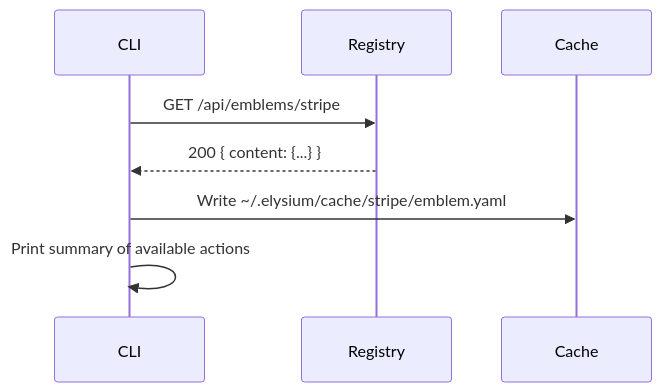
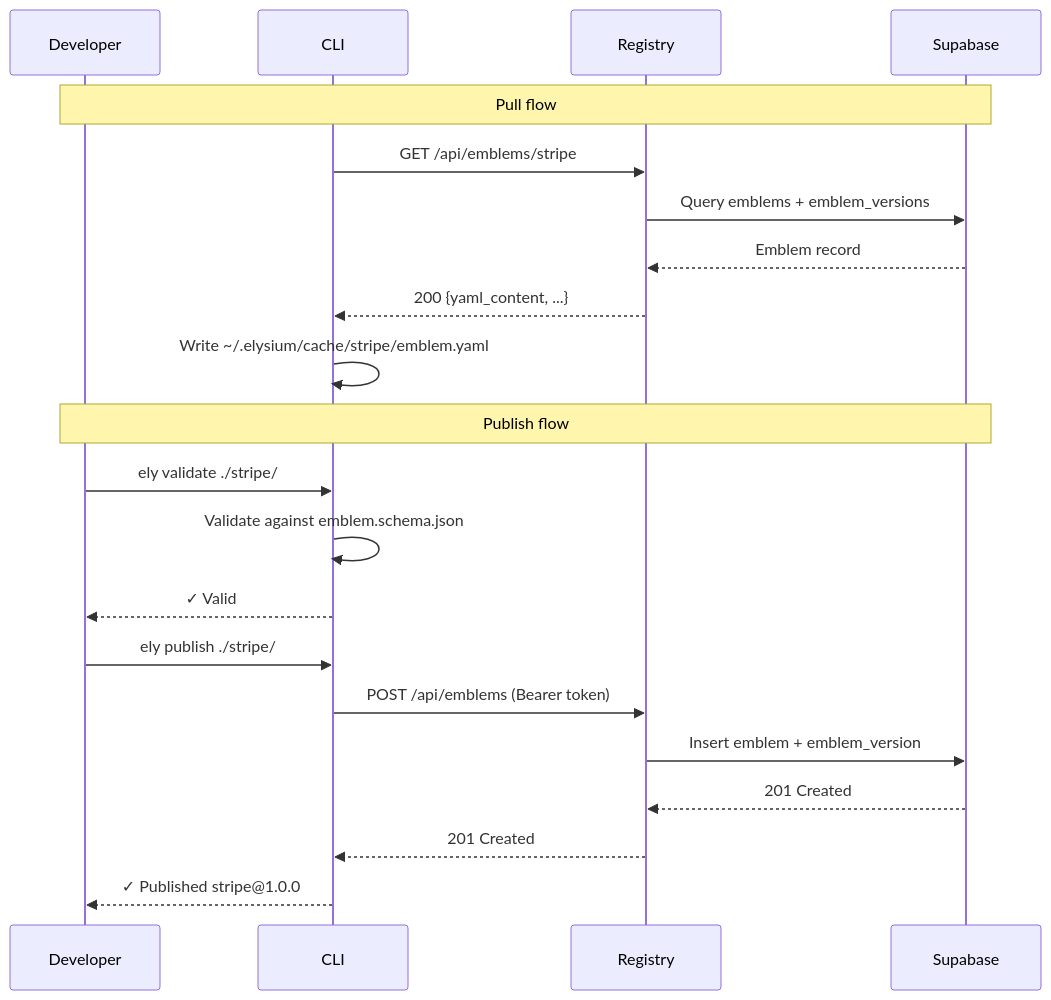
The sixth of 11 diagrams in docs/ARCHITECTURE.md (Lo10Th/Elysium), drawn with Mermaid before and after one commit. The commit also changed other lines of this file, not shown here.

Commit message:
docs: rewrite ARCHITECTURE.md with 11 Mermaid diagrams

````diff
--- a/docs/ARCHITECTURE.md
+++ b/docs/ARCHITECTURE.md
@@ -202,11 +236,25 @@
 ```mermaid
 sequenceDiagram
+    participant Developer
     participant CLI
     participant Registry
-    participant Cache
+    participant Supabase
 
+    Note over Developer,Supabase: Pull flow
     CLI->>Registry: GET /api/emblems/stripe
-    Registry-->>CLI: 200 { content: {...} }
-    CLI->>Cache: Write ~/.elysium/cache/stripe/emblem.yaml
-    CLI->>CLI: Print summary of available actions
+    Registry->>Supabase: Query emblems + emblem_versions
+    Supabase-->>Registry: Emblem record
+    Registry-->>CLI: 200 {yaml_content, ...}
+    CLI->>CLI: Write ~/.elysium/cache/stripe/emblem.yaml
+
+    Note over Developer,Supabase: Publish flow
+    Developer->>CLI: ely validate ./stripe/
+    CLI->>CLI: Validate against emblem.schema.json
+    CLI-->>Developer: ✓ Valid
+    Developer->>CLI: ely publish ./stripe/
+    CLI->>Registry: POST /api/emblems (Bearer token)
+    Registry->>Supabase: Insert emblem + emblem_version
+    Supabase-->>Registry: 201 Created
+    Registry-->>CLI: 201 Created
+    CLI-->>Developer: ✓ Published stripe@1.0.0
 ```
````
